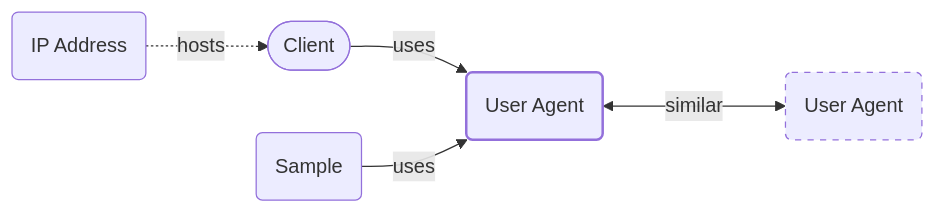
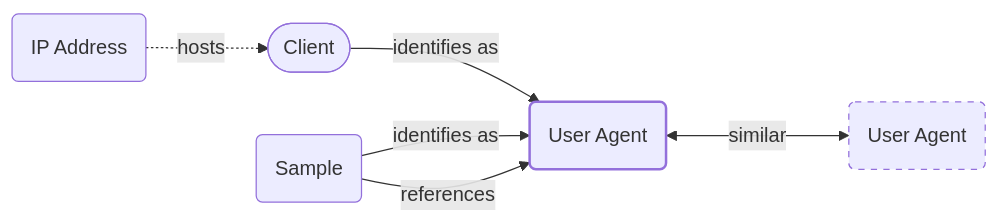
One commit to korniko98/pivot-atlas changed the diagram in docs/artifacts/user-agent.md. Above: the diagram before and after it, drawn with Mermaid. The commit also changed other lines of this file and 14 other files, not shown here.

````diff
--- a/docs/artifacts/user-agent.md
+++ b/docs/artifacts/user-agent.md
@@ -29,23 +33,24 @@
 	```mermaid
 	flowchart LR
 		classDef primary stroke-width: 2px
 		classDef secondary stroke-dasharray: 5 5
 		
 		%% define nodes
 		IP_ADDRESS(IP Address)
 		SAMPLE(Sample)
 		CLIENT([Client])
 		USER_AGENT(User Agent):::primary
 		USER_AGENT_(User Agent):::secondary
 		
 		%% define edges
 		IP_ADDRESS -. hosts .-> CLIENT
-		CLIENT -- uses --> USER_AGENT
+		CLIENT -- identifies as --> USER_AGENT
 		USER_AGENT <-- similar ---> USER_AGENT_
-		SAMPLE -- uses --> USER_AGENT
+		SAMPLE -- identifies as --> USER_AGENT
+		SAMPLE -- references --> USER_AGENT
 		
 		%% define links
 		click IP_ADDRESS "#ip-addresses"
 		click SAMPLE "#samples"
 		click USER_AGENT_ "#user-agents"
 	```
````
